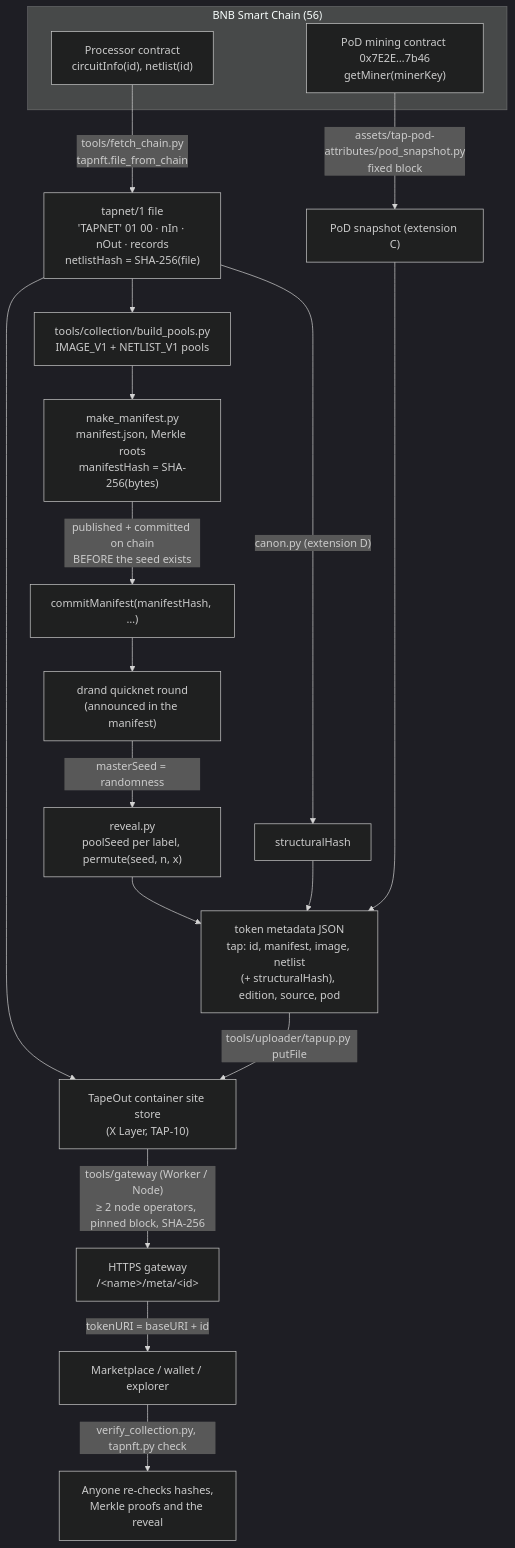
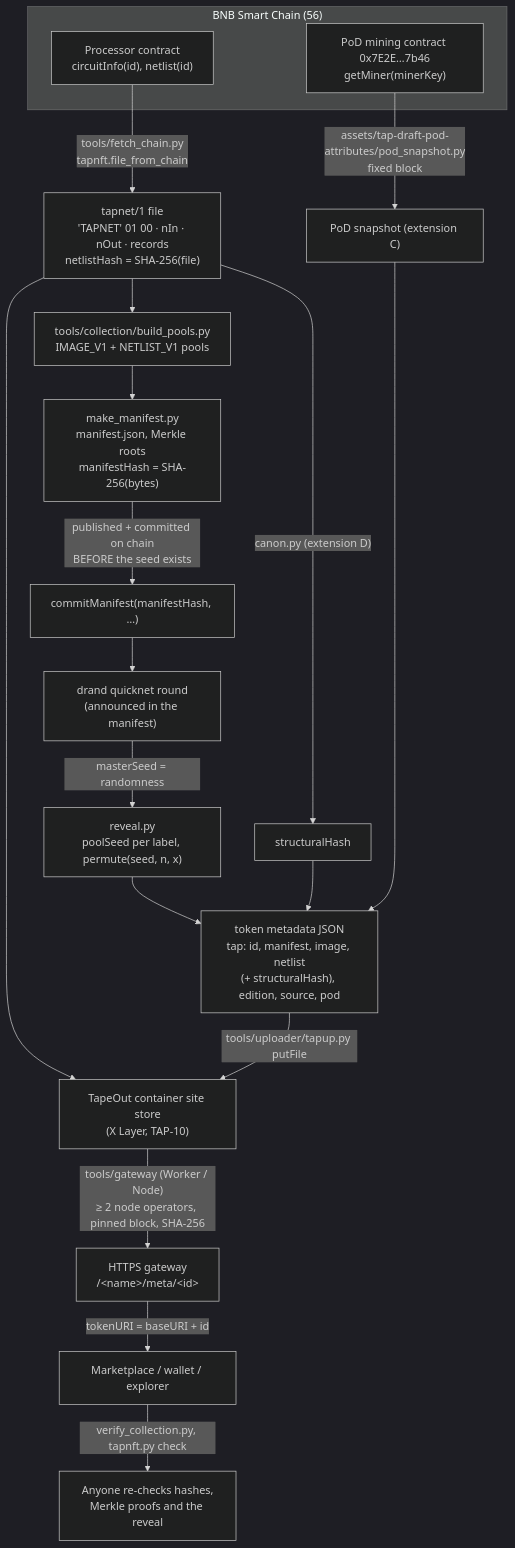
Before and after one commit to BruceLanLan/TAP-721: the second of 4 diagrams in docs/ARCHITECTURE.md, drawn with Mermaid (dark theme). The commit also changed other lines of this file and 75 other files, not shown here.

First line of the commit message:
定稿：TAP 校对与格式修订、资产目录改为 tap-draft-*、对外文章、文档更新

````diff
--- a/docs/ARCHITECTURE.md
+++ b/docs/ARCHITECTURE.md
@@ -45,26 +45,26 @@
 ```mermaid
 flowchart TD
   subgraph BSC["BNB Smart Chain (56)"]
     PROC["Processor contract<br/>circuitInfo(id), netlist(id)"]
     MINE["PoD mining contract 0x7E2E…7b46<br/>getMiner(minerKey)"]
   end
 
   PROC -->|"tools/fetch_chain.py<br/>tapnft.file_from_chain"| TAPNET["tapnet/1 file<br/>'TAPNET' 01 00 · nIn · nOut · records<br/>netlistHash = SHA-256(file)"]
-  MINE -->|"assets/tap-pod-attributes/pod_snapshot.py<br/>fixed block"| POD["PoD snapshot (extension C)"]
+  MINE -->|"assets/tap-draft-pod-attributes/pod_snapshot.py<br/>fixed block"| POD["PoD snapshot (extension C)"]
   TAPNET -->|"canon.py (extension D)"| SH["structuralHash"]
 
   TAPNET --> POOLS["tools/collection/build_pools.py<br/>IMAGE_V1 + NETLIST_V1 pools"]
   POOLS --> MAN["make_manifest.py<br/>manifest.json, Merkle roots<br/>manifestHash = SHA-256(bytes)"]
   MAN -->|"published + committed on chain<br/>BEFORE the seed exists"| COMMIT["commitManifest(manifestHash, …)"]
   COMMIT --> DRAND["drand quicknet round<br/>(announced in the manifest)"]
   DRAND -->|"masterSeed = randomness"| REVEAL["reveal.py<br/>poolSeed per label, permute(seed, n, x)"]
   REVEAL --> META["token metadata JSON<br/>tap: id, manifest, image, netlist<br/>(+ structuralHash), edition, source, pod"]
   POD --> META
   SH --> META
 
   META -->|"tools/uploader/tapup.py putFile"| CONT["TapeOut container site store<br/>(X Layer, TAP-10)"]
   TAPNET --> CONT
   CONT -->|"tools/gateway (Worker / Node)<br/>≥ 2 node operators, pinned block, SHA-256"| GW["HTTPS gateway<br/>/&lt;name&gt;/meta/&lt;id&gt;"]
   GW -->|"tokenURI = baseURI + id"| MKT["Marketplace / wallet / explorer"]
   MKT -->|"verify_collection.py, tapnft.py check"| VERIFY["Anyone re-checks hashes,<br/>Merkle proofs and the reveal"]
 ```
````
